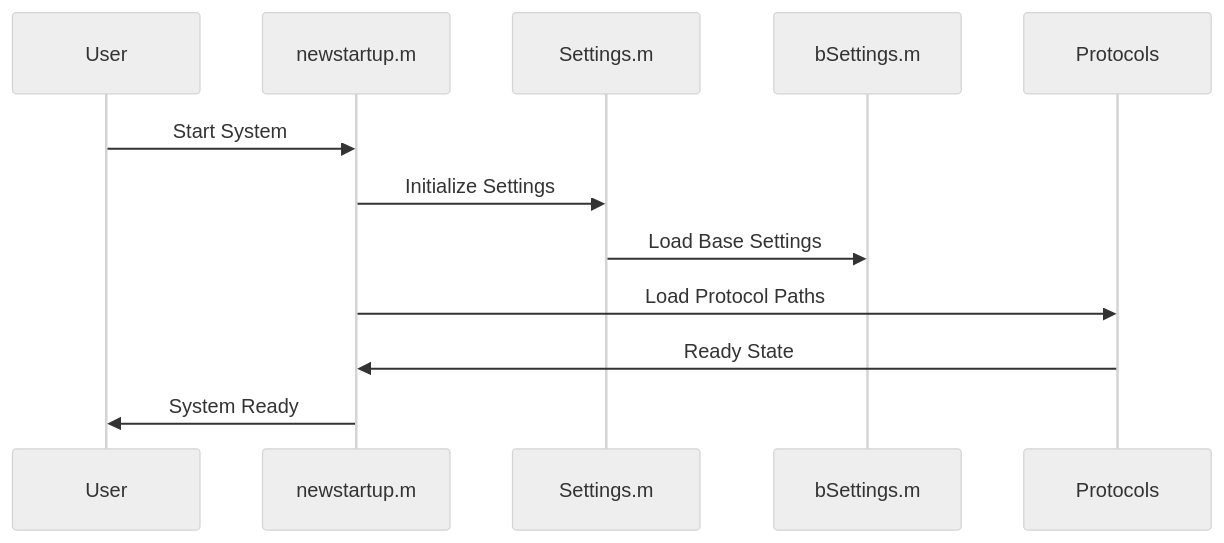
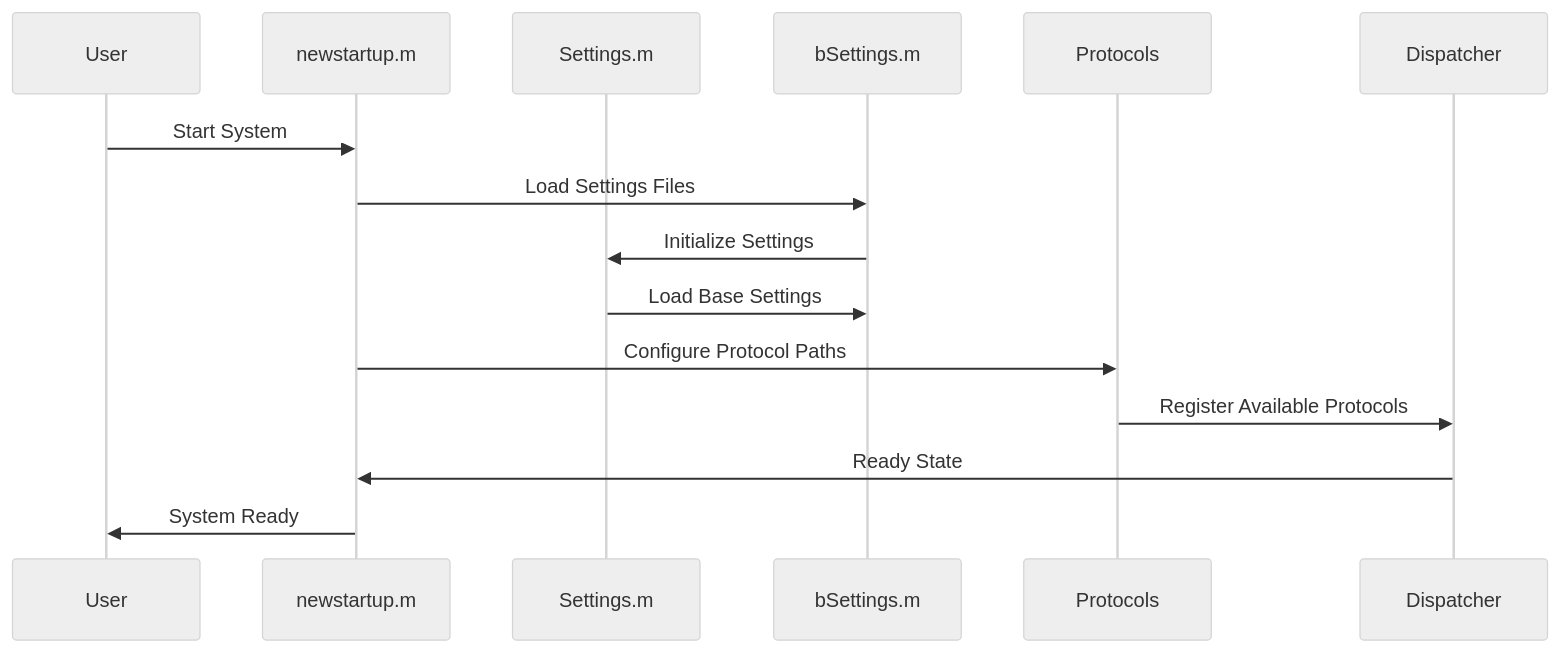
One commit to LIMLabSWC/ratter changed the second of 3 diagrams in docs/architecture/system-architecture.md. Above: the diagram before and after it, drawn with Mermaid (neutral theme). The commit also changed other lines of this file and 1 other file, not shown here.

Commit message:
update architecture graphs

````diff
--- a/docs/architecture/system-architecture.md
+++ b/docs/architecture/system-architecture.md
@@ -47,15 +94,18 @@
 ```mermaid
 sequenceDiagram
     participant U as User
     participant NS as newstartup.m
     participant S as Settings.m
     participant BS as bSettings.m
     participant P as Protocols
+    participant D as Dispatcher
 
     U->>NS: Start System
-    NS->>S: Initialize Settings
+    NS->>BS: Load Settings Files
+    BS->>S: Initialize Settings
     S->>BS: Load Base Settings
-    NS->>P: Load Protocol Paths
-    P->>NS: Ready State
+    NS->>P: Configure Protocol Paths
+    P->>D: Register Available Protocols
+    D->>NS: Ready State
     NS->>U: System Ready
 ```
````
